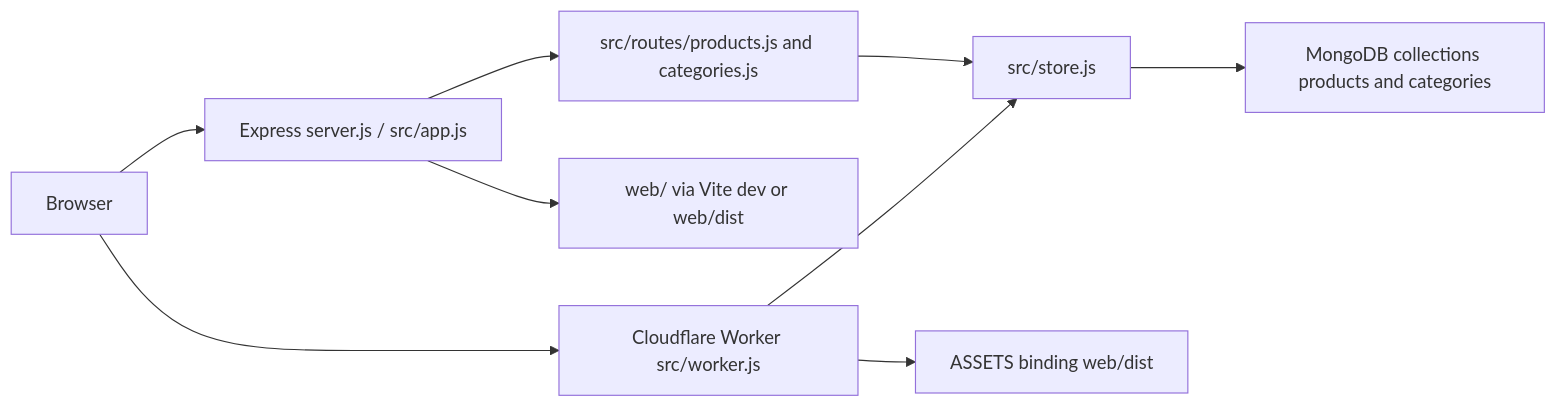
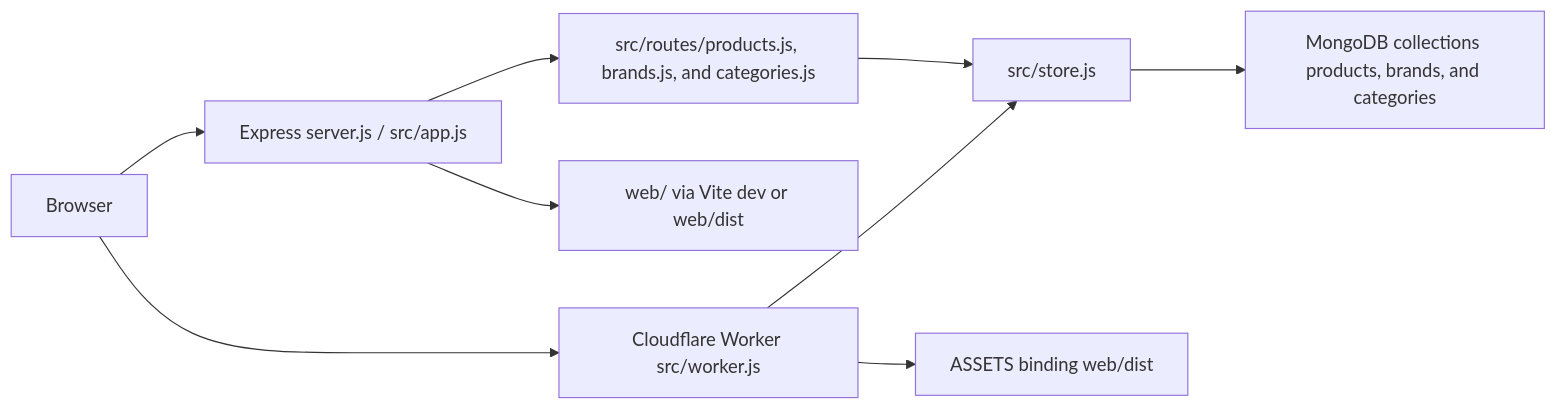
One commit to thienmai-mrv/product-manage-app changed the diagram in .ai/memory/architecture.md. Above: the diagram before and after it, drawn with Mermaid. The commit also changed other lines of this file and 19 other files, not shown here.

````diff
--- a/.ai/memory/architecture.md
+++ b/.ai/memory/architecture.md
@@ -7,11 +7,11 @@
 ```mermaid
 flowchart LR
   Browser --> Express["Express server.js / src/app.js"]
   Browser --> Worker["Cloudflare Worker src/worker.js"]
-  Express --> Routes["src/routes/products.js and categories.js"]
+  Express --> Routes["src/routes/products.js, brands.js, and categories.js"]
   Worker --> Store["src/store.js"]
   Routes --> Store
-  Store --> MongoDB["MongoDB collections products and categories"]
+  Store --> MongoDB["MongoDB collections products, brands, and categories"]
   Express --> Web["web/ via Vite dev or web/dist"]
   Worker --> Assets["ASSETS binding web/dist"]
 ```
````
